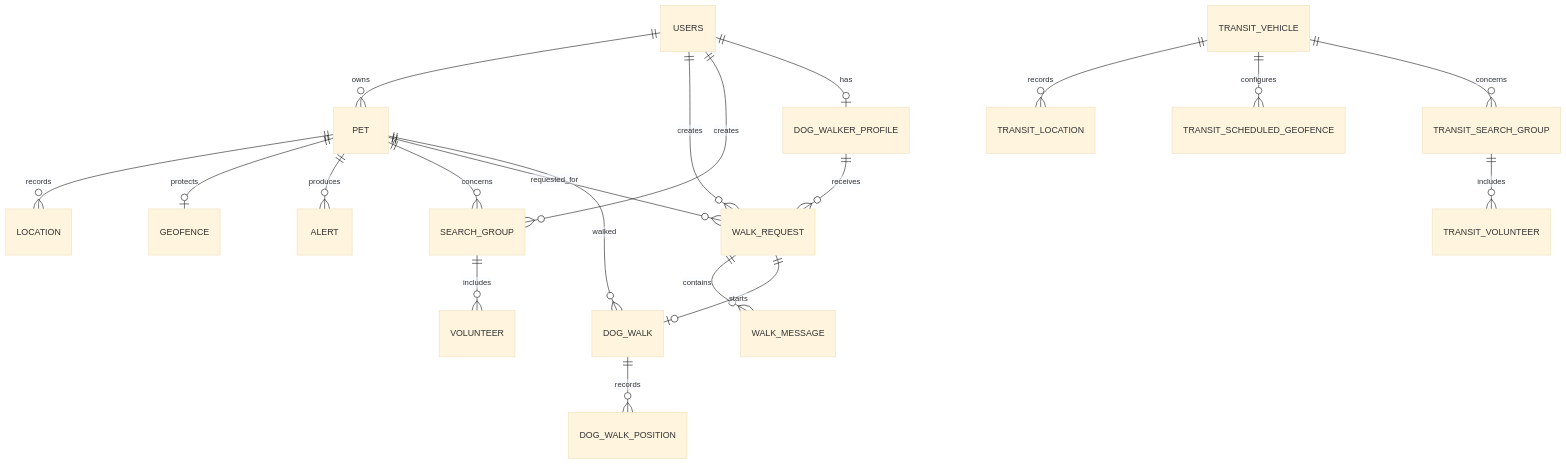
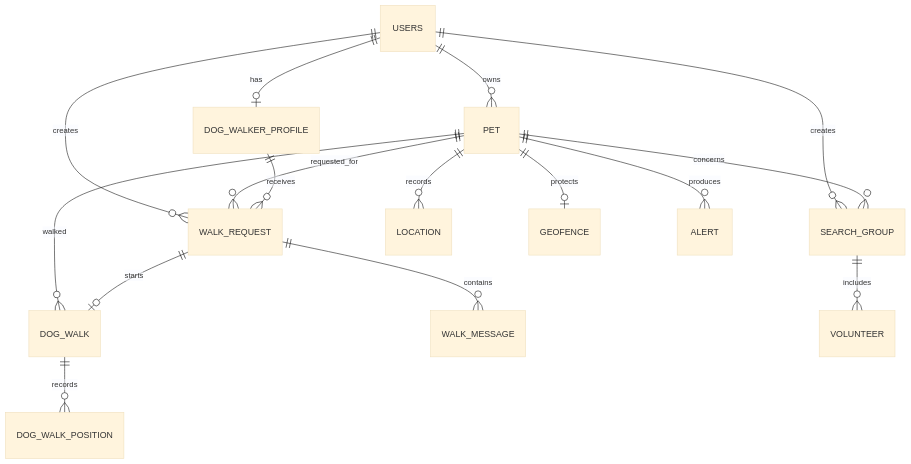
The fifth of 5 diagrams in README.md (danielcontrerasm/firuappbe), drawn with Mermaid (base theme) before and after one commit. The commit also changed other lines of this file and 73 other files, not shown here.

First line of the commit message:
feat FIRUAPP 001 : Add email verification, search group close/rejoin, and refactor transit scope

````diff
--- a/README.md
+++ b/README.md
@@ -240,22 +237,18 @@
 ```mermaid
 erDiagram
     USERS ||--o{ PET : owns
     USERS ||--o{ WALK_REQUEST : creates
     USERS ||--o{ SEARCH_GROUP : creates
     USERS ||--o| DOG_WALKER_PROFILE : has
     PET ||--o{ LOCATION : records
     PET ||--o| GEOFENCE : protects
     PET ||--o{ ALERT : produces
     PET ||--o{ SEARCH_GROUP : concerns
     PET ||--o{ WALK_REQUEST : requested_for
     PET ||--o{ DOG_WALK : walked
     DOG_WALKER_PROFILE ||--o{ WALK_REQUEST : receives
     WALK_REQUEST ||--o{ WALK_MESSAGE : contains
     WALK_REQUEST ||--o| DOG_WALK : starts
     DOG_WALK ||--o{ DOG_WALK_POSITION : records
     SEARCH_GROUP ||--o{ VOLUNTEER : includes
-    TRANSIT_VEHICLE ||--o{ TRANSIT_LOCATION : records
-    TRANSIT_VEHICLE ||--o{ TRANSIT_SCHEDULED_GEOFENCE : configures
-    TRANSIT_VEHICLE ||--o{ TRANSIT_SEARCH_GROUP : concerns
-    TRANSIT_SEARCH_GROUP ||--o{ TRANSIT_VOLUNTEER : includes
 ```
````
